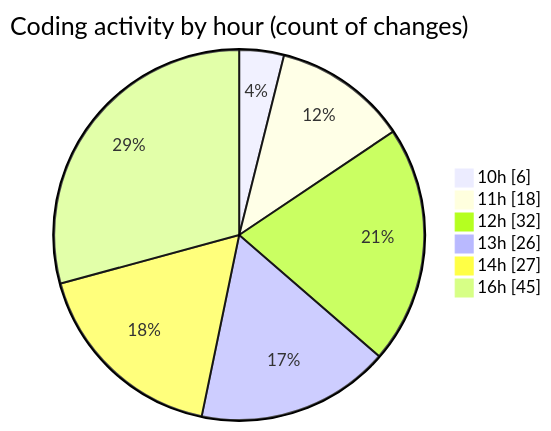
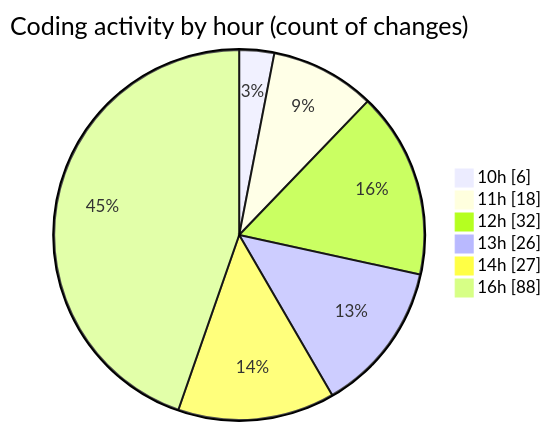
Before and after one commit to momahboobian/code-tracking: the second of 2 diagrams in 2026-09-03/cda/README.md, drawn with Mermaid. The commit also changed other lines of this file and 1 other file, not shown here.

````diff
--- a/2026-09-03/cda/README.md
+++ b/2026-09-03/cda/README.md
@@ -98,10 +98,10 @@
 ```mermaid
 pie showData
 title Coding activity by hour (count of changes)
 "10h" : 6
 "11h" : 18
 "12h" : 32
 "13h" : 26
 "14h" : 27
-"16h" : 45
+"16h" : 88
 ```
````
